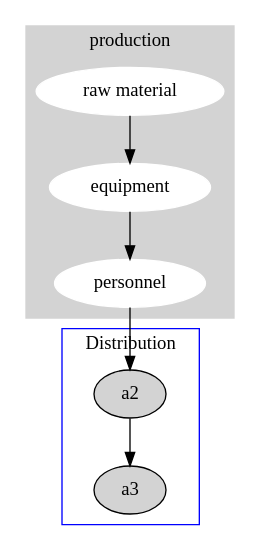
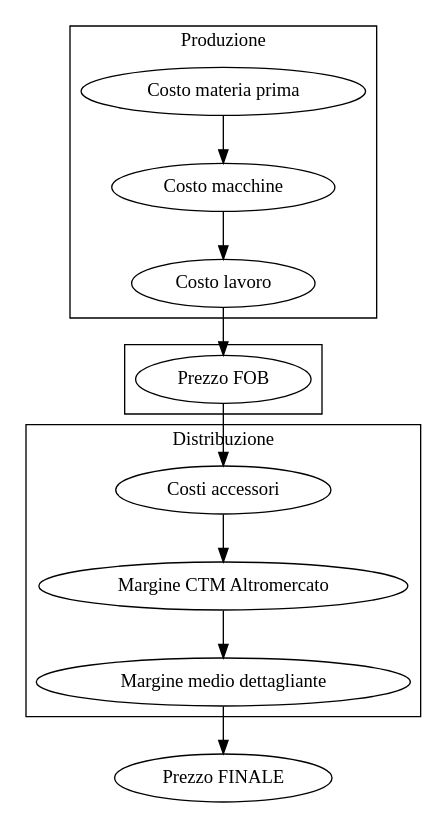
The diagram in Cost_template/diagram.dot (andreavitaletti/Open-Costs), drawn with Graphviz before and after one commit.

Commit message:
Update diagram.dot
Process update with more realistic cost/price decomposition

```diff
--- a/Cost_template/diagram.dot
+++ b/Cost_template/diagram.dot
@@ -1,18 +1,17 @@
-digraph G {
-
-	subgraph cluster_0 {
-		style=filled;
-		color=lightgrey;
-		node [style=filled,color=white];
-		"raw material" -> "equipment" -> "personnel";
-		label = "production";
-	}
-
-	subgraph cluster_1 {
-		node [style=filled];
-		"personnel" -> a2 -> a3;
-		label = "Distribution";
-		color=blue
-	}
-
+digraph {
+    subgraph cluster_0 {
+        label="Produzione";
+        "Costo materia prima" -> "Costo macchine";
+        "Costo macchine" -> "Costo lavoro";
+    } 
+    subgraph cluster_1 {
+        "Costo lavoro" -> "Prezzo FOB";
+    }
+    subgraph cluster_2 {
+        label="Distribuzione";
+        "Prezzo FOB" -> "Costi accessori";
+        "Costi accessori" -> "Margine CTM Altromercato";
+        "Margine CTM Altromercato" -> "Margine medio dettagliante";
+    }
+    "Margine medio dettagliante" -> "Prezzo FINALE";
 }
```
